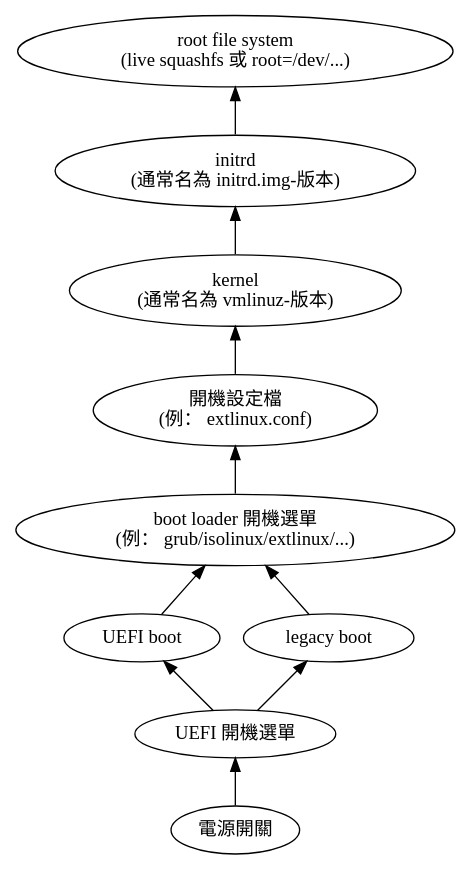
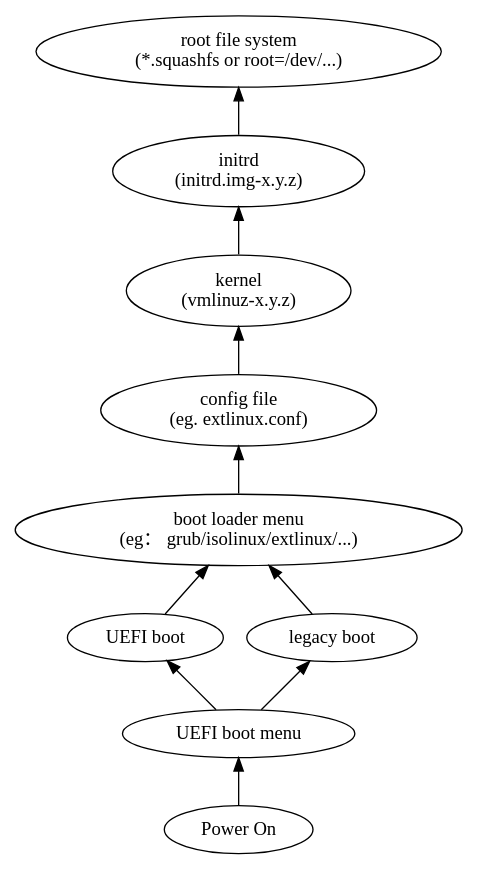
Before and after one commit to ckhung/ckhung.github.io: the diagram in a/m/21/linux-boot.dot, drawn with Graphviz. The commit also changed 1 other file, not shown here.

Commit message:
linux-boot.dot English version

```diff
--- a/a/m/21/linux-boot.dot
+++ b/a/m/21/linux-boot.dot
@@ -1,18 +1,24 @@
 digraph "linux 開機流程" {
 
     rankdir = BT;
     overlap = scale;
 
-    power [ label="電源開關" ];
-    UEFI_menu [ label="UEFI 開機選單" ];
+//    power [ label="電源開關" ];
+    power [ label="Power On" ];
+//    UEFI_menu [ label="UEFI 開機選單" ];
+    UEFI_menu [ label="UEFI boot menu" ];
     uefi_boot [ label="UEFI boot" ];
     legacy_boot [ label="legacy boot" ];
-    boot_loader [ label="boot loader 開機選單\n(例： grub/isolinux/extlinux/...)" ];
-    config [ label="開機設定檔\n(例： extlinux.conf)" ];
-    kernel [ label="kernel\n(通常名為 vmlinuz-版本)" ];
-    initrd [ label="initrd\n(通常名為 initrd.img-版本)" ];
-    rootfs [ label="root file system\n(live squashfs 或 root=/dev/...)" ];
+//    boot_loader [ label="boot loader 開機選單\n(例： grub/isolinux/extlinux/...)" ];
+    boot_loader [ label="boot loader menu\n(eg： grub/isolinux/extlinux/...)" ];
+//    config [ label="開機設定檔\n(例： extlinux.conf)" ];
+    config [ label="config file\n(eg. extlinux.conf)" ];
+//    kernel [ label="kernel\n(通常名為 vmlinuz-版本)" ];
+    kernel [ label="kernel\n(vmlinuz-x.y.z)" ];
+//    initrd [ label="initrd\n(通常名為 initrd.img-版本)" ];
+    initrd [ label="initrd\n(initrd.img-x.y.z)" ];
+    rootfs [ label="root file system\n(*.squashfs or root=/dev/...)" ];
 
     power -> UEFI_menu -> { uefi_boot legacy_boot }
 	  -> boot_loader -> config -> kernel -> initrd -> rootfs;
 }
```
